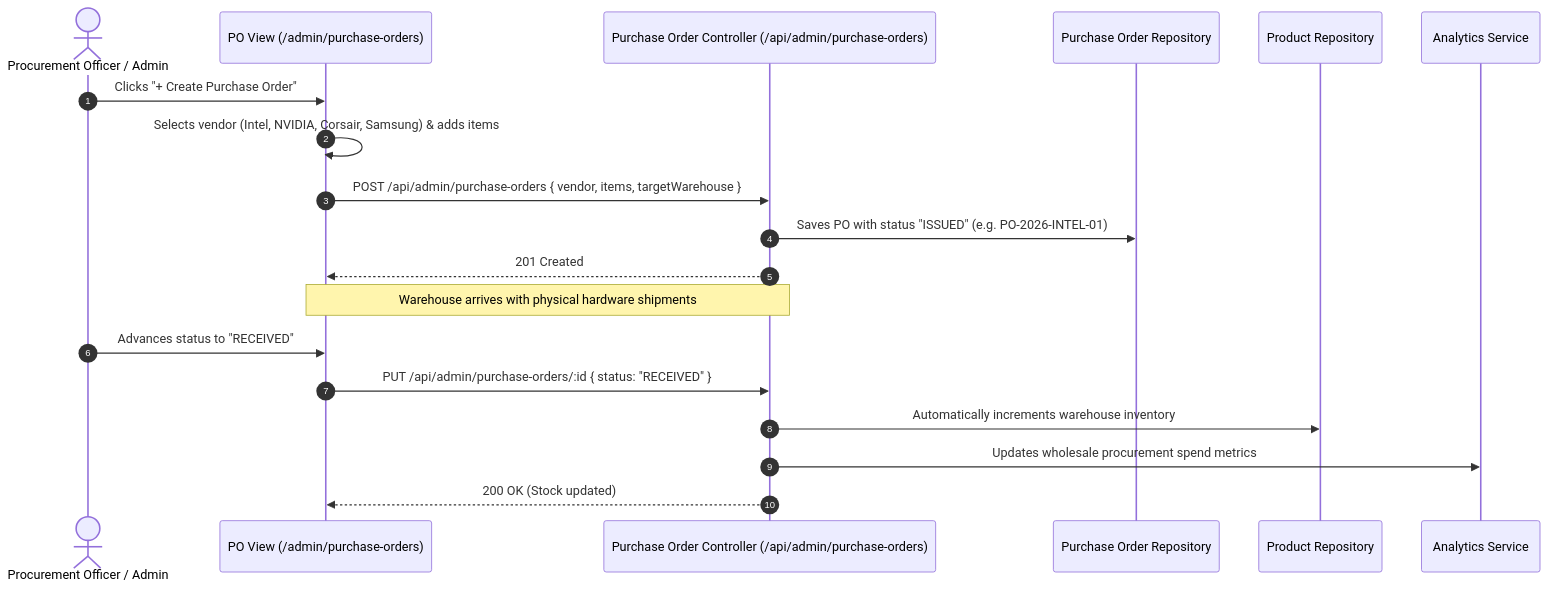
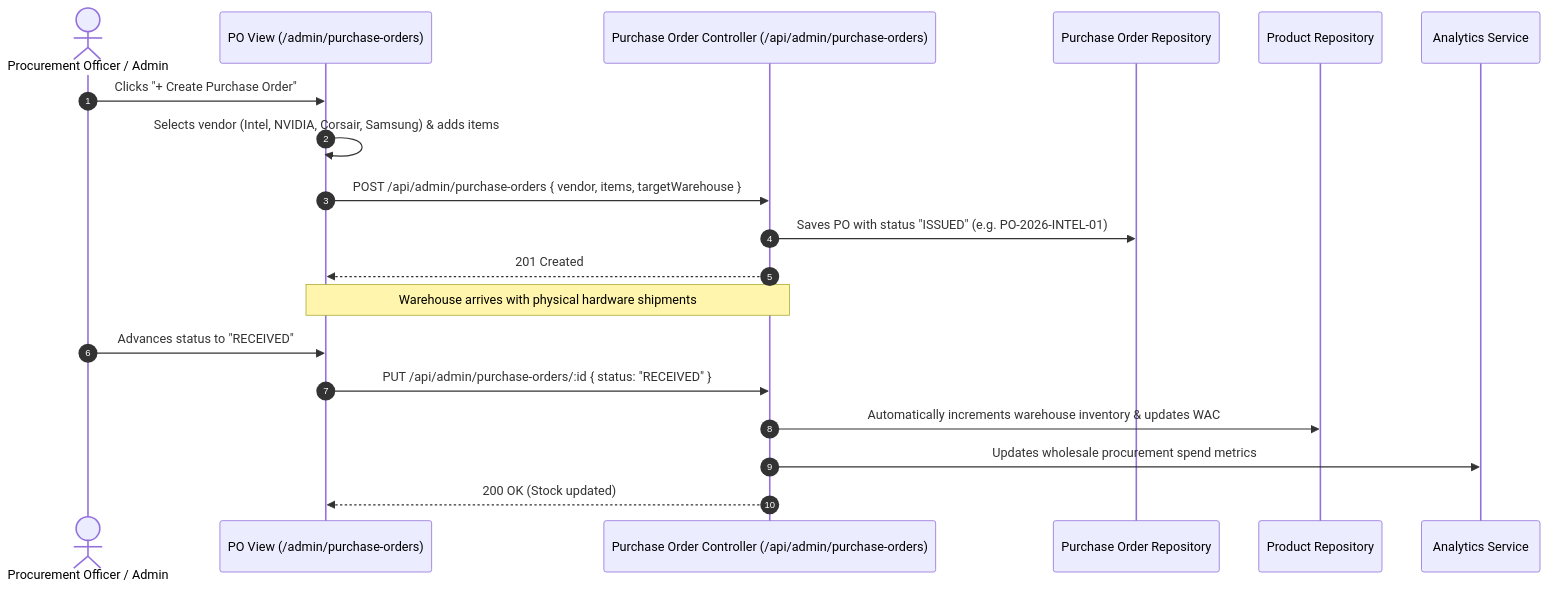
Before and after one commit to gl1tch0x1/NexTechSystem: the eighth of 14 diagrams in README.md, drawn with Mermaid. The commit also changed other lines of this file and 21 other files, not shown here.

First line of the commit message:
feat(catalog): implement enterprise hardware SKU studio, multi-variant engine, regional warehousing and update system architecture

````diff
--- a/README.md
+++ b/README.md
@@ -318,22 +431,22 @@
 ```mermaid
 sequenceDiagram
     autonumber
     actor Procurement as Procurement Officer / Admin
     participant UI as PO View (/admin/purchase-orders)
     participant API as Purchase Order Controller (/api/admin/purchase-orders)
     participant PORepo as Purchase Order Repository
     participant ProdRepo as Product Repository
     participant Analytics as Analytics Service
 
     Procurement->>UI: Clicks "+ Create Purchase Order"
     UI->>UI: Selects vendor (Intel, NVIDIA, Corsair, Samsung) & adds items
     UI->>API: POST /api/admin/purchase-orders { vendor, items, targetWarehouse }
     API->>PORepo: Saves PO with status "ISSUED" (e.g. PO-2026-INTEL-01)
     API-->>UI: 201 Created
     Note over UI,API: Warehouse arrives with physical hardware shipments
     Procurement->>UI: Advances status to "RECEIVED"
     UI->>API: PUT /api/admin/purchase-orders/:id { status: "RECEIVED" }
-    API->>ProdRepo: Automatically increments warehouse inventory
+    API->>ProdRepo: Automatically increments warehouse inventory & updates WAC
     API->>Analytics: Updates wholesale procurement spend metrics
     API-->>UI: 200 OK (Stock updated)
 ```
````
